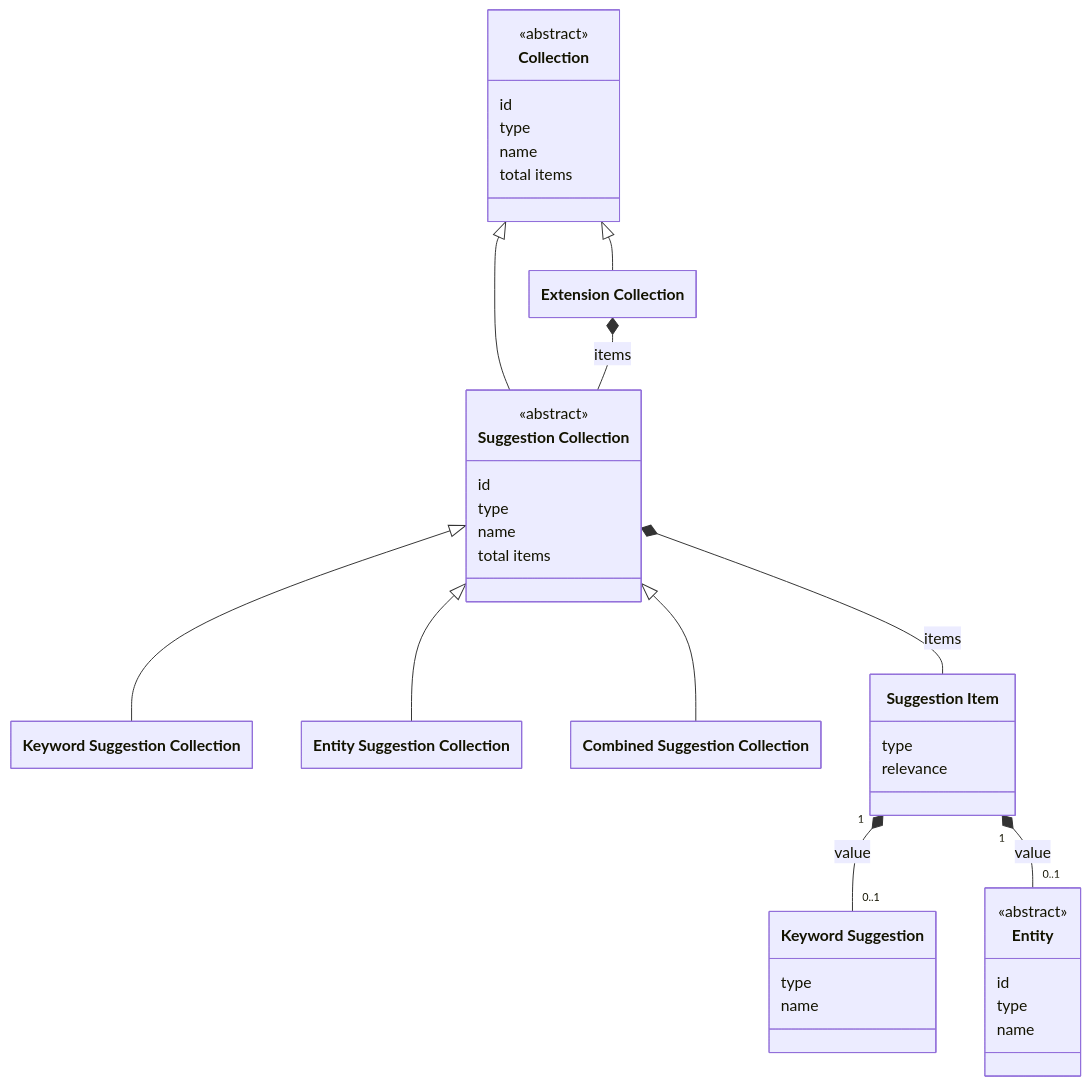
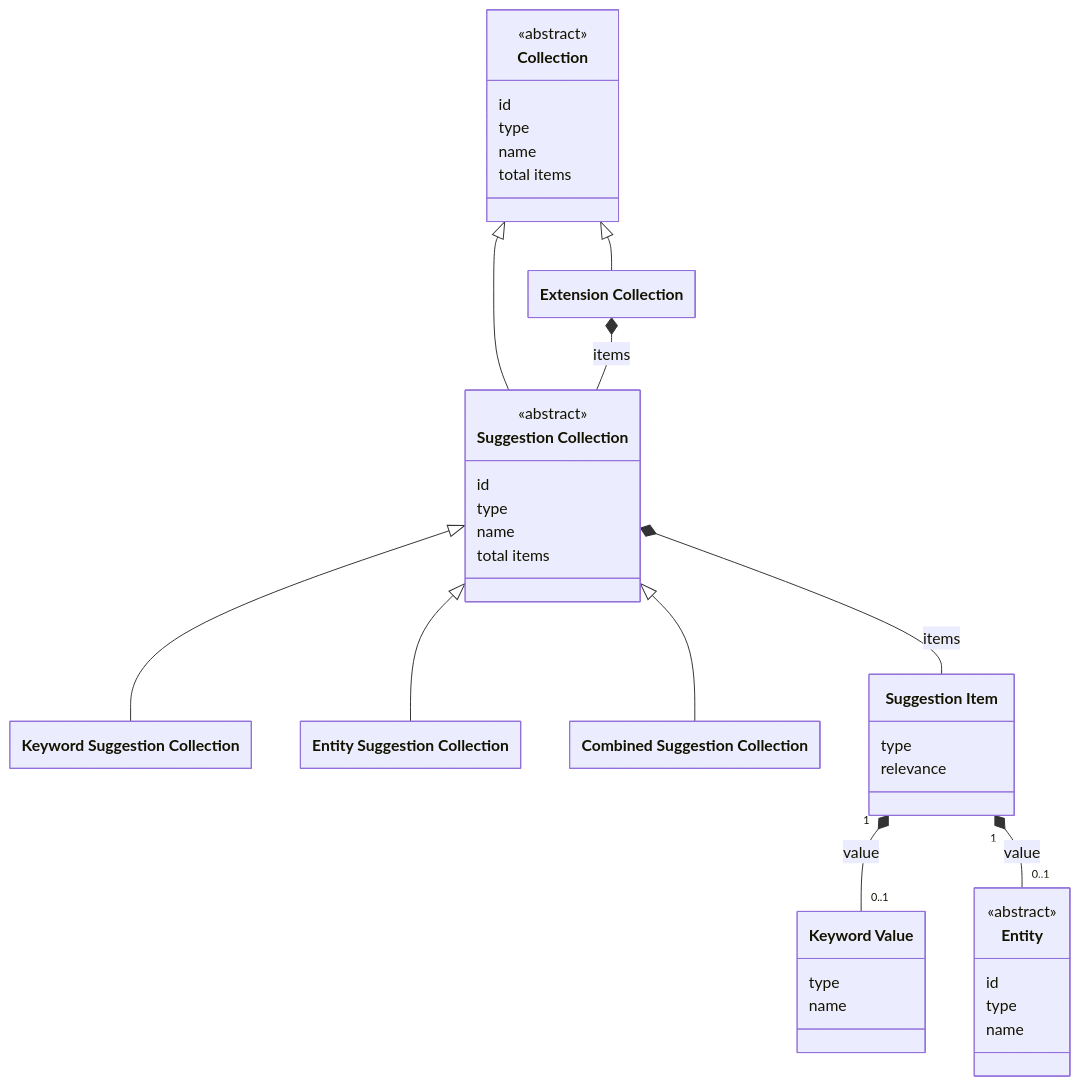
Before and after one commit to netwerk-digitaal-erfgoed/netwerk-digitaal-erfgoed.github.io: the diagram in docs/requirements/data-layer-api/rest/suggestions.md, drawn with Mermaid. The commit also changed other lines of this file and 2 other files, not shown here.

````diff
--- a/docs/requirements/data-layer-api/rest/suggestions.md
+++ b/docs/requirements/data-layer-api/rest/suggestions.md
@@ -32,59 +32,59 @@
 ```mermaid
 ---
   config:
     class:
       hideEmptyMembersBox: true
 ---
 classDiagram
 
 class Collection["Collection"] {
   <<abstract>>
   id
   type
   name
   total items
 }
 
 class ExtensionCollection["Extension Collection"]
 
 class SuggestionCollection["Suggestion Collection"] {
   <<abstract>>
   id
   type
   name
   total items
 }
 
 class KeywordSuggestionCollection["Keyword Suggestion Collection"]
 class EntitySuggestionCollection["Entity Suggestion Collection"]
 class CombinedSuggestionCollection["Combined Suggestion Collection"]
 
 class SuggestionItem["Suggestion Item"] {
   type
   relevance
 }
 
-class KeywordSuggestion["Keyword Suggestion"] {
+class KeywordValue["Keyword Value"] {
   type
   name
 }
 
 class Entity {
   <<abstract>>
   id
   type
   name
 }
 
 Collection <|-- ExtensionCollection
 Collection <|-- SuggestionCollection
 SuggestionCollection <|-- KeywordSuggestionCollection
 SuggestionCollection <|-- EntitySuggestionCollection
 SuggestionCollection <|-- CombinedSuggestionCollection
 
 ExtensionCollection *-- SuggestionCollection : items
 
 SuggestionCollection *-- SuggestionItem : items
-SuggestionItem "1" *-- "0..1" KeywordSuggestion : value
+SuggestionItem "1" *-- "0..1" KeywordValue : value
 SuggestionItem "1" *-- "0..1" Entity  : value
 ```
````
